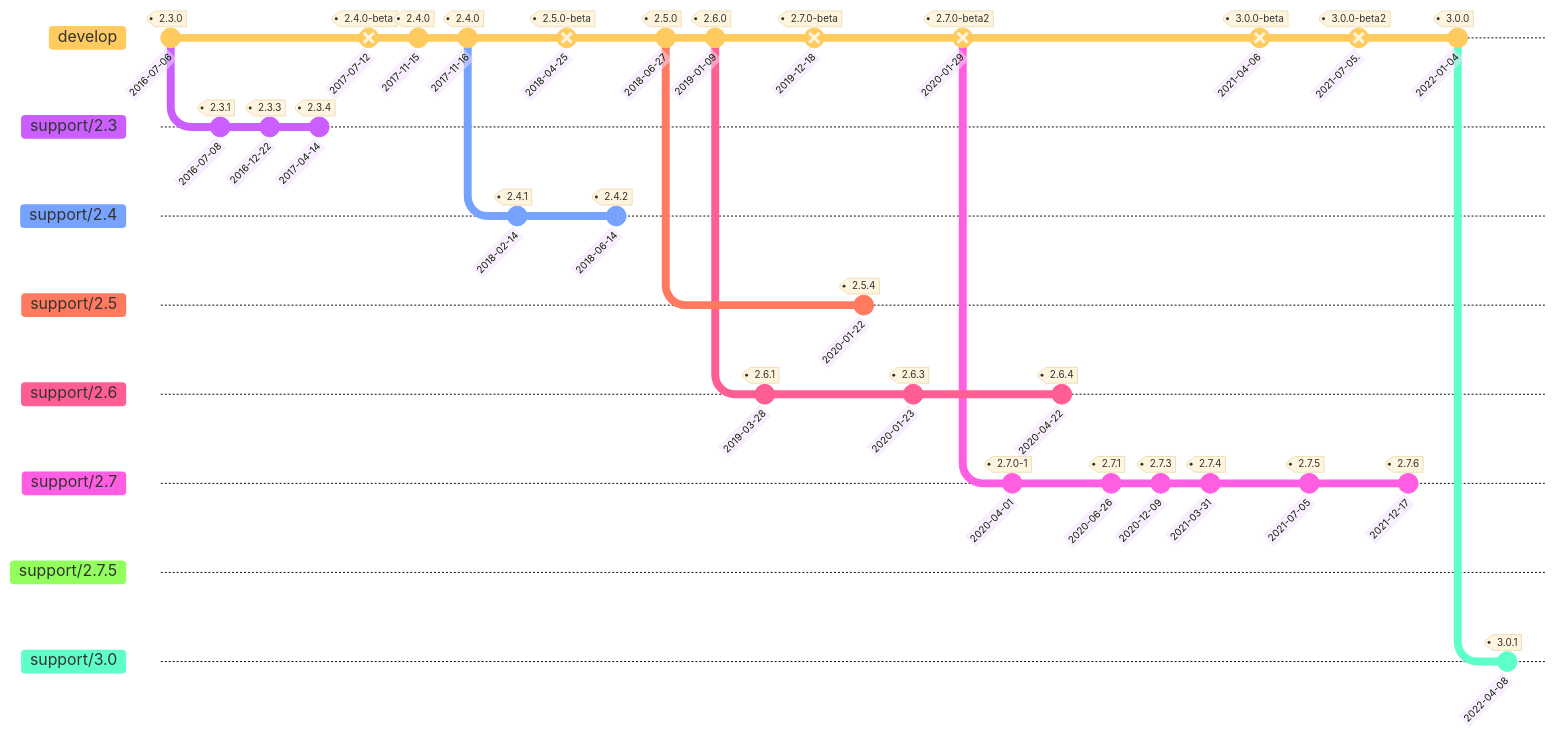
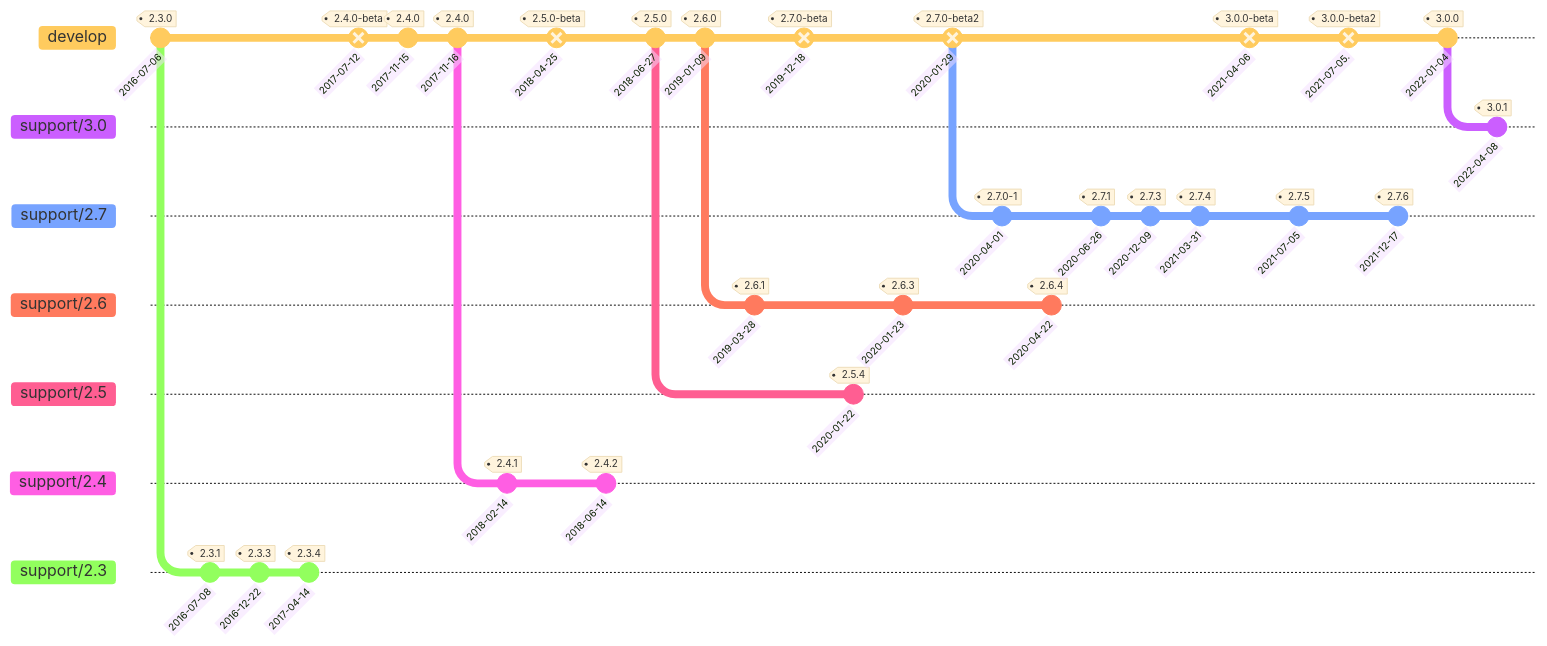
Before and after one commit to Combodo/iTop: the diagram in itop-version-history.md, drawn with Mermaid.

Commit message:
:memo: Version history : change branches order

````diff
--- a/itop-version-history.md
+++ b/itop-version-history.md
@@ -3,57 +3,56 @@
 ```mermaid
 %%{init: { 'logLevel': 'debug', 'theme': 'base', 'gitGraph': {'showBranches': true,'mainBranchName': 'develop'}} }%%
 gitGraph
     commit id: "2016-07-06" tag: "2.3.0"
-    branch support/2.3
+    branch support/2.3 order: 900
     commit id: "2016-07-08" tag: "2.3.1"
     commit id: "2016-12-22" tag: "2.3.3"
     commit id: "2017-04-14" tag: "2.3.4"
     checkout develop
     commit id: "2017-07-12" tag: "2.4.0-beta" type: REVERSE
     commit id: "2017-11-15" tag: "2.4.0"
     commit id: "2017-11-16" tag: "2.4.0"
-    branch support/2.4
+    branch support/2.4 order: 890
     commit id: "2018-02-14" tag: "2.4.1"
     checkout develop
     commit id: "2018-04-25" tag: "2.5.0-beta" type: REVERSE
     checkout support/2.4
     commit id: "2018-06-14" tag: "2.4.2"
     checkout develop
     commit id: "2018-06-27" tag: "2.5.0"
-    branch support/2.5
+    branch support/2.5 order: 880
     checkout develop
     commit id: "2019-01-09" tag: "2.6.0"
-    branch support/2.6
+    branch support/2.6 order: 870
     commit id: "2019-03-28" tag: "2.6.1"
     checkout develop
     commit id: "2019-12-18" tag: "2.7.0-beta" type: REVERSE
     checkout support/2.5
     commit id: "2020-01-22" tag: "2.5.4"
     checkout support/2.6
     commit id: "2020-01-23" tag: "2.6.3"
     checkout develop
     commit id: "2020-01-29" tag: "2.7.0-beta2" type: REVERSE
-    branch support/2.7
+    branch support/2.7 order: 860
     commit id: "2020-04-01" tag: "2.7.0-1"
     checkout support/2.6
     commit id: "2020-04-22" tag: "2.6.4"
     checkout support/2.7
     commit id: "2020-06-26" tag: "2.7.1"
     checkout support/2.7
     commit id: "2020-12-09" tag: "2.7.3"
     commit id: "2021-03-31" tag: "2.7.4"
     checkout develop
     commit id: "2021-04-06" tag: "3.0.0-beta" type: REVERSE
     checkout support/2.7
     commit id: "2021-07-05" tag: "2.7.5"
-    branch support/2.7.5
     checkout develop
     commit id: "2021-07-05." tag: "3.0.0-beta2" type: REVERSE
     checkout support/2.7
     commit id: "2021-12-17" tag: "2.7.6"
     checkout develop
     commit id: "2022-01-04" tag: "3.0.0"
-    branch support/3.0
+    branch support/3.0 order: 850
     commit id: "2022-04-08" tag: "3.0.1"
     checkout develop
 ```
````
